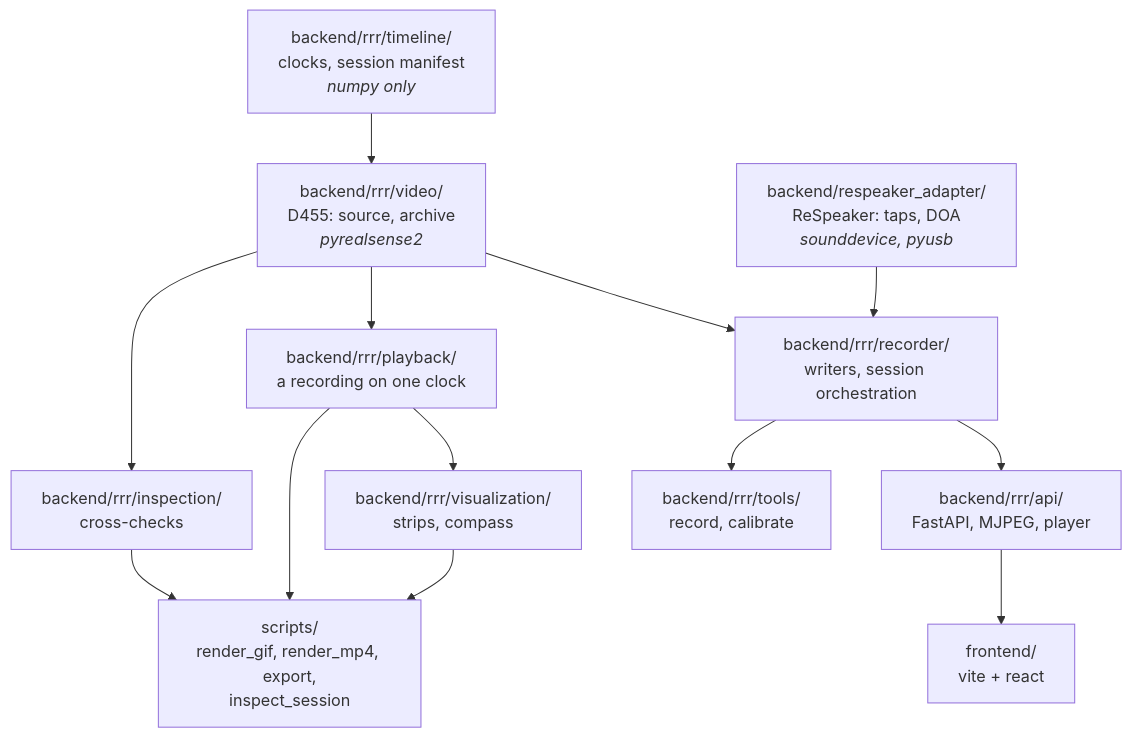
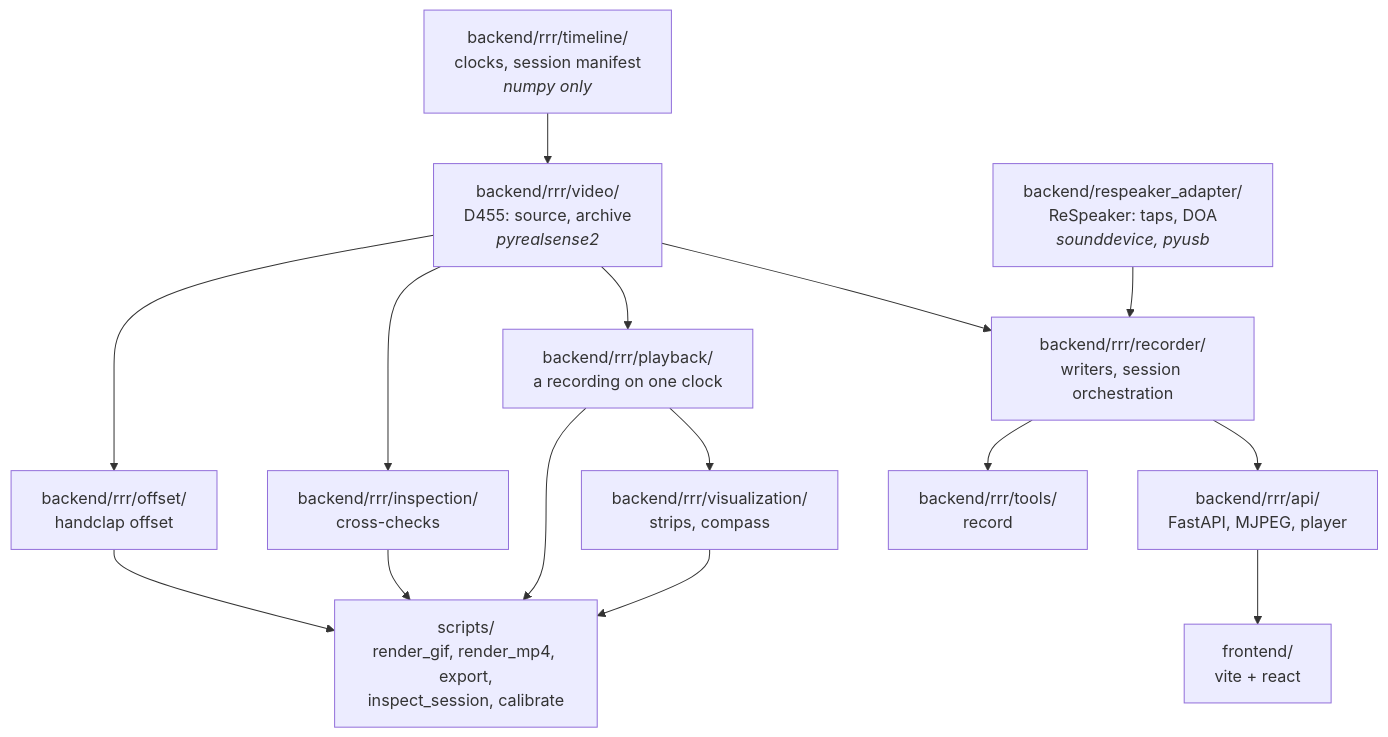
One commit to tkanek0/rererecorder changed the first of 2 diagrams in docs/design.md. Above: the diagram before and after it, drawn with Mermaid. The commit also changed other lines of this file and 9 other files, not shown here.

Commit message:
Split offset measurement into rrr.offset and a thin script

````diff
--- a/docs/design.md
+++ b/docs/design.md
@@ -33,26 +33,29 @@
 ```mermaid
 flowchart TD
     T["backend/rrr/timeline/<br/>clocks, session manifest<br/><i>numpy only</i>"]
     V["backend/rrr/video/<br/>D455: source, archive<br/><i>pyrealsense2</i>"]
     A["backend/respeaker_adapter/<br/>ReSpeaker: taps, DOA<br/><i>sounddevice, pyusb</i>"]
     R["backend/rrr/recorder/<br/>writers, session orchestration"]
     S["backend/rrr/api/<br/>FastAPI, MJPEG, player"]
     P["backend/rrr/playback/<br/>a recording on one clock"]
-    C["backend/rrr/tools/<br/>record, calibrate"]
+    C["backend/rrr/tools/<br/>record"]
+    O["backend/rrr/offset/<br/>handclap offset"]
     N["backend/rrr/inspection/<br/>cross-checks"]
     Z["backend/rrr/visualization/<br/>strips, compass"]
-    X["scripts/<br/>render_gif, render_mp4, export,<br/>inspect_session"]
+    X["scripts/<br/>render_gif, render_mp4, export,<br/>inspect_session, calibrate"]
     W["frontend/<br/>vite + react"]
     T --> V
     V --> R
     A --> R
     R --> S
     R --> C
     V --> P
     V --> N
     N --> X
+    V --> O
+    O --> X
     P --> Z
     P --> X
     Z --> X
     S --> W
 ```
````
